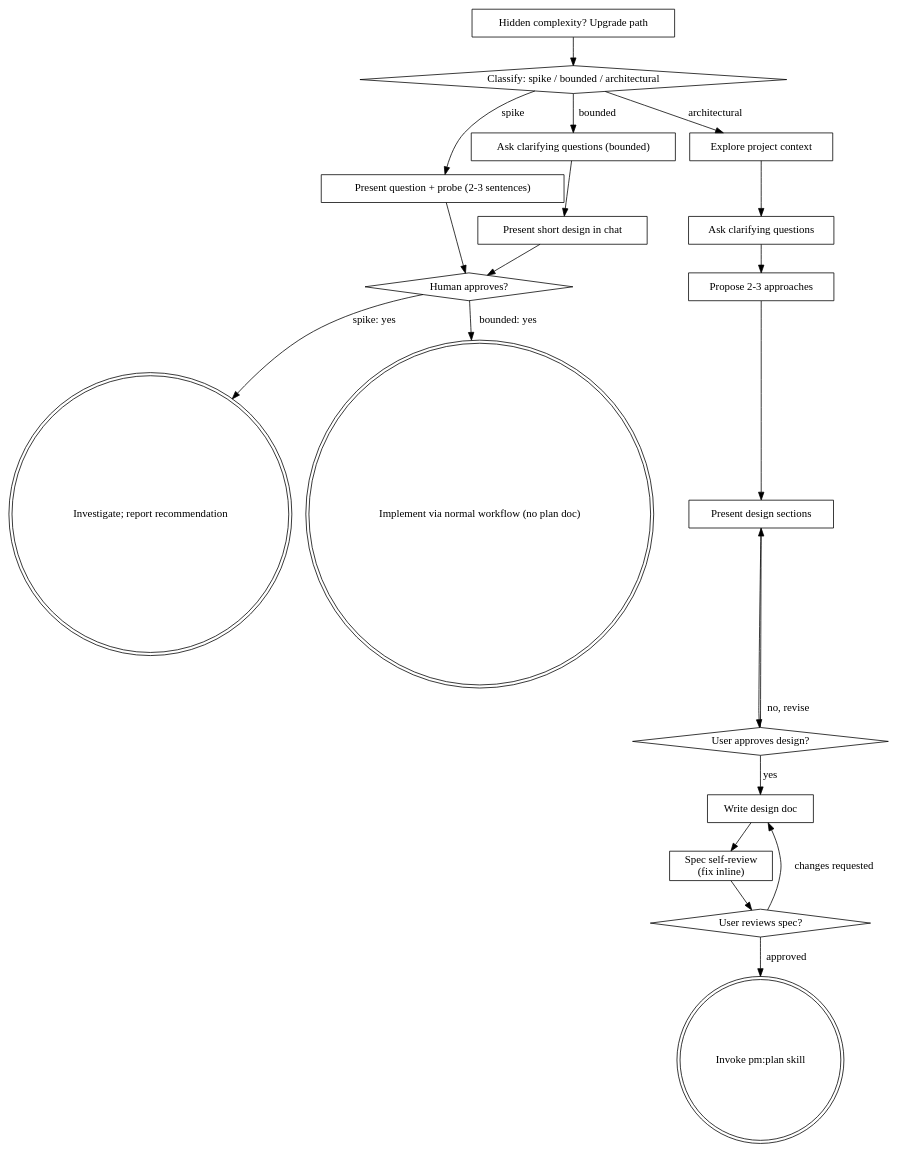
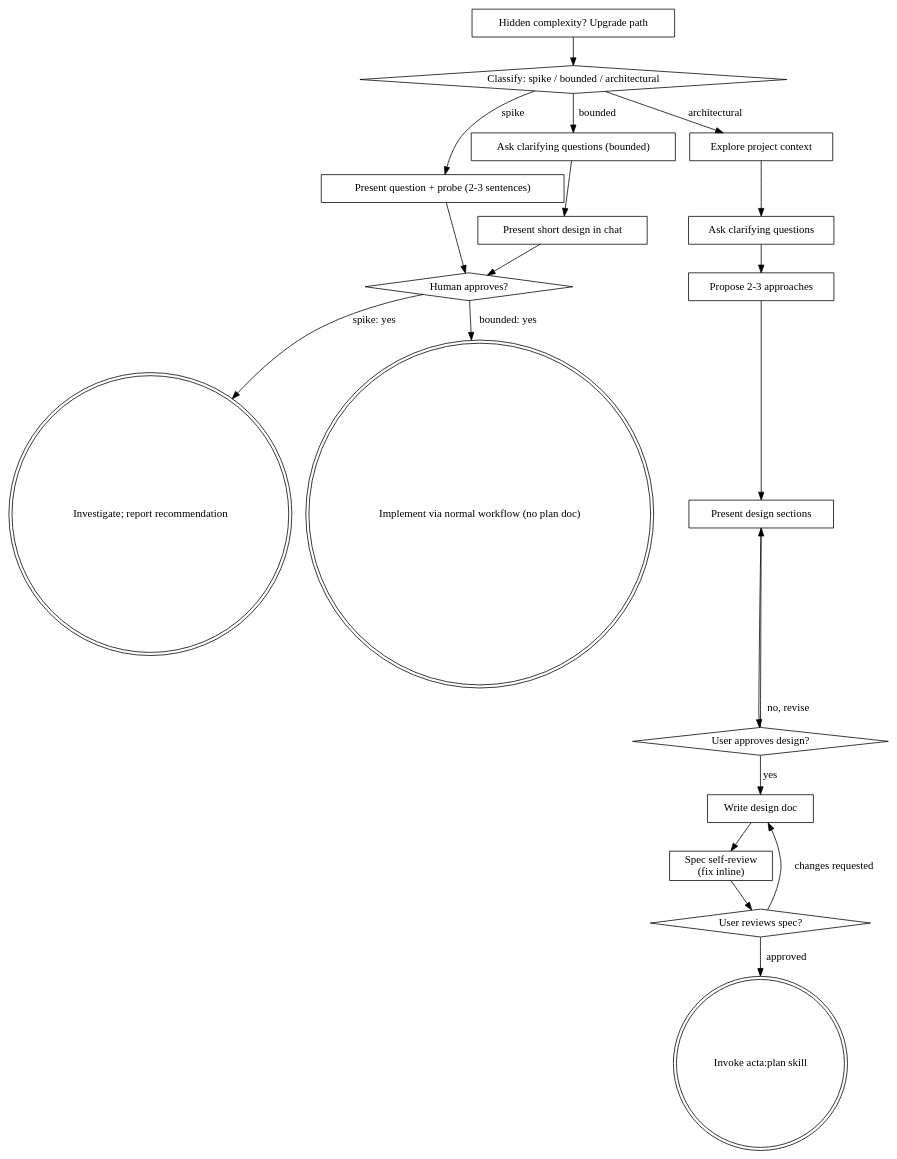
Before and after one commit to iyay/acta: the diagram in plugin/skills/brainstorm/SKILL.md, drawn with Graphviz. The commit also changed other lines of this file and 63 other files, not shown here.

````diff
--- a/plugin/skills/brainstorm/SKILL.md
+++ b/plugin/skills/brainstorm/SKILL.md
@@ -108,41 +108,41 @@
 ```dot
 digraph brainstorming {
     "Classify: spike / bounded / architectural" [shape=diamond];
     "Present question + probe (2-3 sentences)" [shape=box];
     "Ask clarifying questions (bounded)" [shape=box];
     "Present short design in chat" [shape=box];
     "Human approves?" [shape=diamond];
     "Investigate; report recommendation" [shape=doublecircle];
     "Implement via normal workflow (no plan doc)" [shape=doublecircle];
     "Explore project context" [shape=box];
     "Ask clarifying questions" [shape=box];
     "Propose 2-3 approaches" [shape=box];
     "Present design sections" [shape=box];
     "User approves design?" [shape=diamond];
     "Write design doc" [shape=box];
     "Spec self-review\n(fix inline)" [shape=box];
     "User reviews spec?" [shape=diamond];
-    "Invoke pm:plan skill" [shape=doublecircle];
+    "Invoke acta:plan skill" [shape=doublecircle];
     "Hidden complexity? Upgrade path" [shape=box];
 
     "Classify: spike / bounded / architectural" -> "Present question + probe (2-3 sentences)" [label="spike"];
     "Classify: spike / bounded / architectural" -> "Ask clarifying questions (bounded)" [label="bounded"];
     "Classify: spike / bounded / architectural" -> "Explore project context" [label="architectural"];
     "Present question + probe (2-3 sentences)" -> "Human approves?";
     "Ask clarifying questions (bounded)" -> "Present short design in chat";
     "Present short design in chat" -> "Human approves?";
     "Human approves?" -> "Investigate; report recommendation" [label="spike: yes"];
     "Human approves?" -> "Implement via normal workflow (no plan doc)" [label="bounded: yes"];
     "Hidden complexity? Upgrade path" -> "Classify: spike / bounded / architectural";
     "Explore project context" -> "Ask clarifying questions";
     "Ask clarifying questions" -> "Propose 2-3 approaches";
     "Propose 2-3 approaches" -> "Present design sections";
     "Present design sections" -> "User approves design?";
     "User approves design?" -> "Present design sections" [label="no, revise"];
     "User approves design?" -> "Write design doc" [label="yes"];
     "Write design doc" -> "Spec self-review\n(fix inline)";
     "Spec self-review\n(fix inline)" -> "User reviews spec?";
     "User reviews spec?" -> "Write design doc" [label="changes requested"];
-    "User reviews spec?" -> "Invoke pm:plan skill" [label="approved"];
+    "User reviews spec?" -> "Invoke acta:plan skill" [label="approved"];
 }
 ```
````
